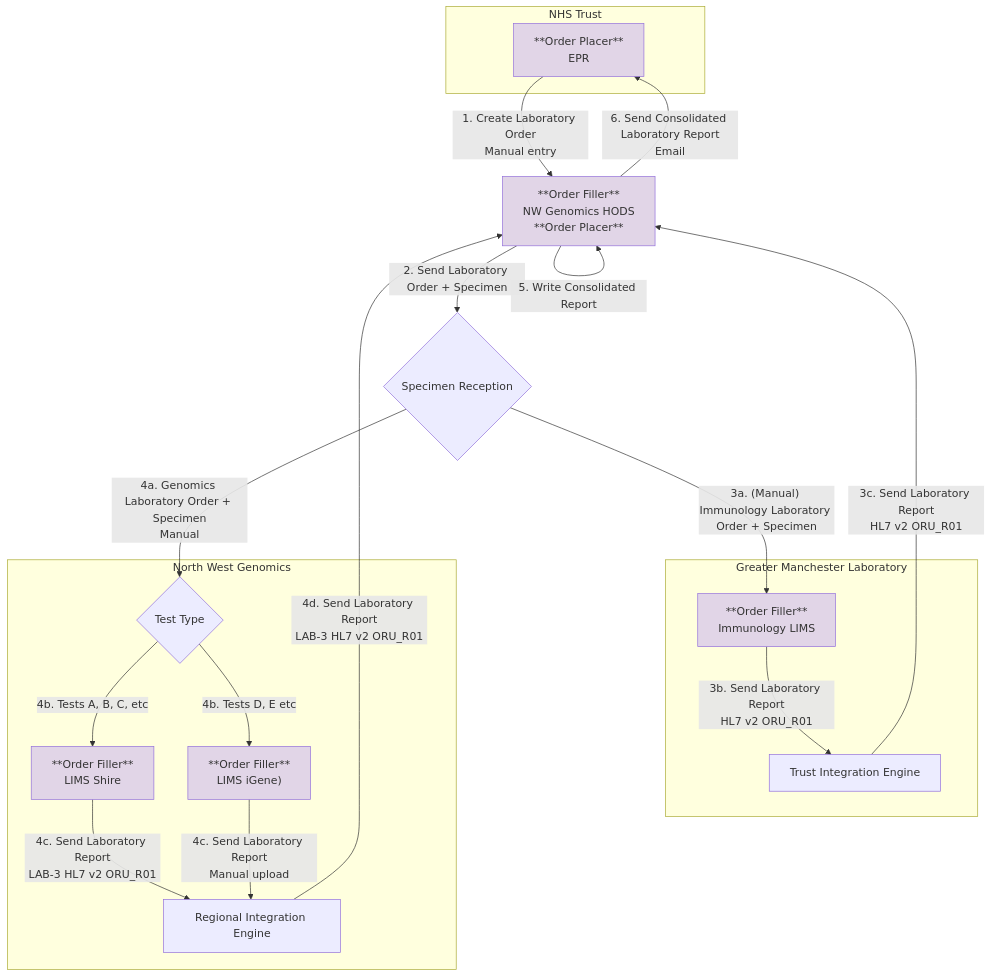
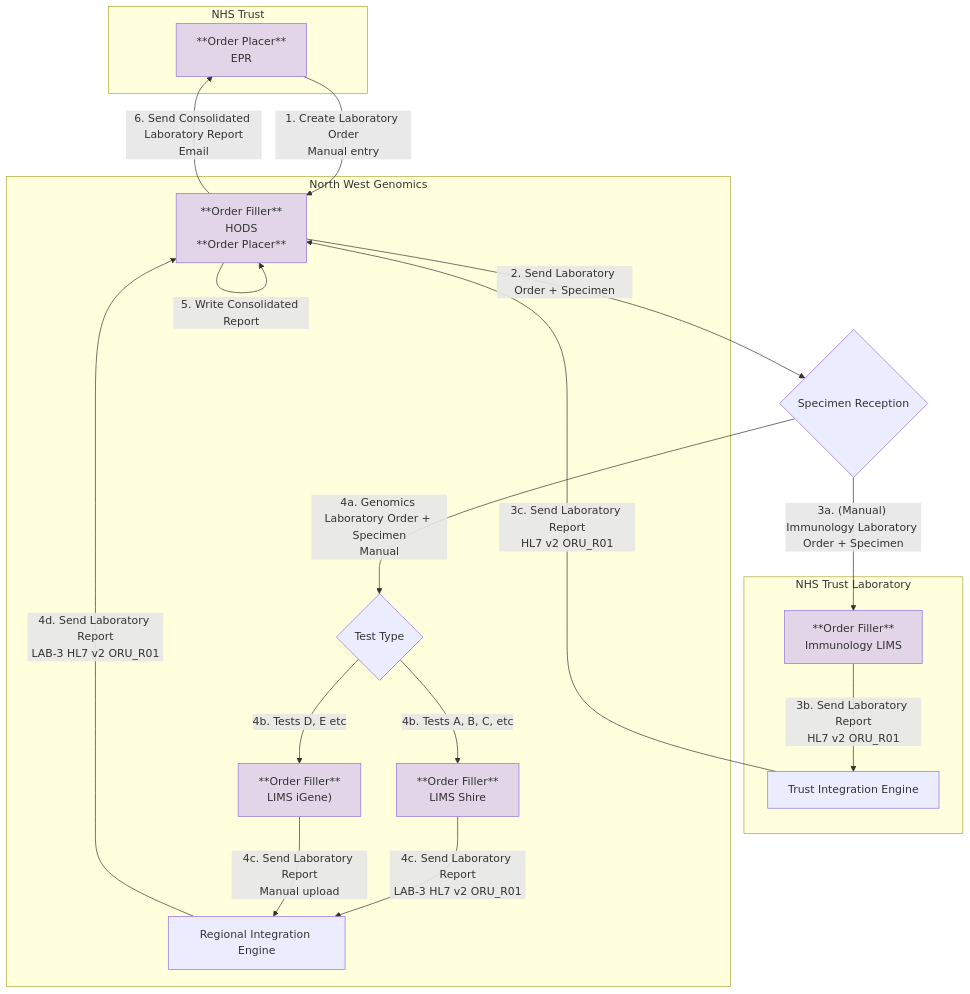
Before and after one commit to uk-gov-mirror/nw-gmsa.nw-gmsa.github.com: the third of 5 diagrams in input/pagecontent/introduction.md, drawn with Mermaid.

Commit message:
Reduced complexity

````diff
--- a/input/pagecontent/introduction.md
+++ b/input/pagecontent/introduction.md
@@ -100,34 +100,35 @@
 ```mermaid
 graph TD
 
     subgraph Trust[NHS Trust]
         NHSTrust[**Order Placer**<br/>EPR]
     end 
     NHSTrust --> |"1. Create Laboratory Order<br/>Manual entry"| HODS
-    HODS[**Order Filler**<br/>NW Genomics HODS<br/>**Order Placer**] --> |"2. Send Laboratory Order + Specimen<br/>"| MFTReception{Specimen Reception}
+    HODS --> |"2. Send Laboratory Order + Specimen<br/>"| MFTReception{Specimen Reception}
     MFTReception --> |"3a. (Manual) Immunology Laboratory Order + Specimen"| LIMS["**Order Filler**<br/>Immunology LIMS"]
    
-    subgraph Laboratory[Greater Manchester Laboratory]
+    subgraph Laboratory[NHS Trust Laboratory]
     
         LIMS --> |3b. Send Laboratory Report<br/>HL7 v2 ORU_R01| TIE[Trust Integration Engine]
         
     end 
     TIE --> |3c. Send Laboratory Report<br/>HL7 v2 ORU_R01| HODS
     MFTReception --> |"4a. Genomics Laboratory Order + Specimen<br/>Manual"| TestType
     subgraph NWGenomics[North West Genomics]
+        HODS["**Order Filler**<br/>HODS<br/>**Order Placer**"]
         TestType{Test Type} --> |4b. Tests A, B, C, etc| GLHS
         TestType{Test Type} --> |4b. Tests D, E etc| GLHI
         GLHS["**Order Filler**<br/>LIMS Shire"]
         GLHS --> |4c. Send Laboratory Report<br/>LAB-3 HL7 v2 ORU_R01| RIE 
         GLHI["**Order Filler**<br/>LIMS iGene)"]
         GLHI --> |4c. Send Laboratory Report<br/>Manual upload| RIE 
         
     end
     RIE["Regional Integration Engine"] --> |4d. Send Laboratory Report<br/>LAB-3 HL7 v2 ORU_R01| HODS
     HODS --> |5. Write Consolidated Report| HODS
     HODS --> |"6. Send Consolidated Laboratory Report<br/>Email"| NHSTrust
 
     classDef purple fill:#E1D5E7;
 
     class NHSTrust,HODS,GLHS,GLHI,LIMS purple
 ```
````
